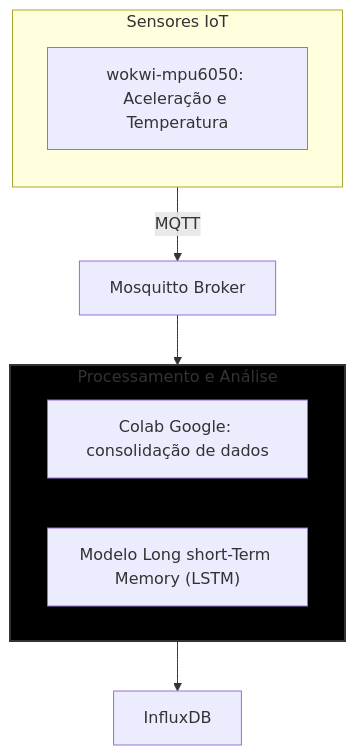
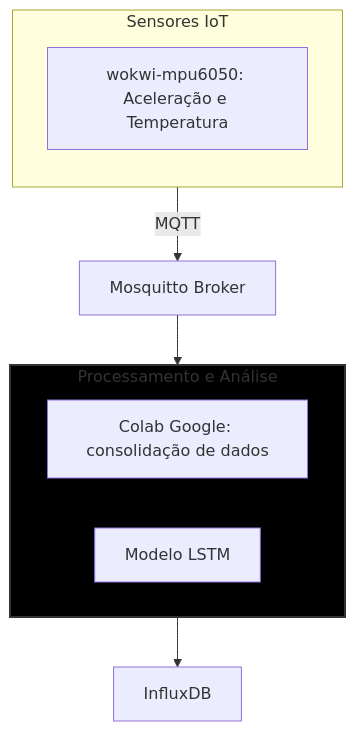
The second of 2 diagrams in artigo.md (2024S2-CCIoT/anthon_hax), drawn with Mermaid before and after one commit.

````diff
--- a/artigo.md
+++ b/artigo.md
@@ -66,34 +66,34 @@
 ```mermaid
 flowchart TD
     subgraph IoT_Sensors["Sensores IoT"]
         direction TB
         Sensor1["wokwi-mpu6050: Aceleração e Temperatura"]
     end
     
         direction LR
         MQTT["Mosquitto Broker"]
 
     subgraph Processamento["Processamento e Análise"]
         direction LR
         Colab["Colab Google: consolidação de dados"]
-        MLModel["Modelo Long short-Term Memory (LSTM)"]
+        MLModel["Modelo LSTM"]
     end
         direction LR
         Data["InfluxDB"]
 
 
     %% Fluxos de Dados
     Sensor1 -->|MQTT| MQTT
     MQTT --> MLModel
     MLModel --> Data
 
 
     %% Legend
     classDef protocolo fill:#f9f,stroke:#333,stroke-width:2px;
     classDef processamento fill:#000,stroke:#333,stroke-width:2px;
     classDef gerenciamento fill:#bfb,stroke:#333,stroke-width:2px;
     
     class Protocolos protocolo;
     class Processamento processamento;
     class Gerenciamento gerenciamento;
 ```
````
